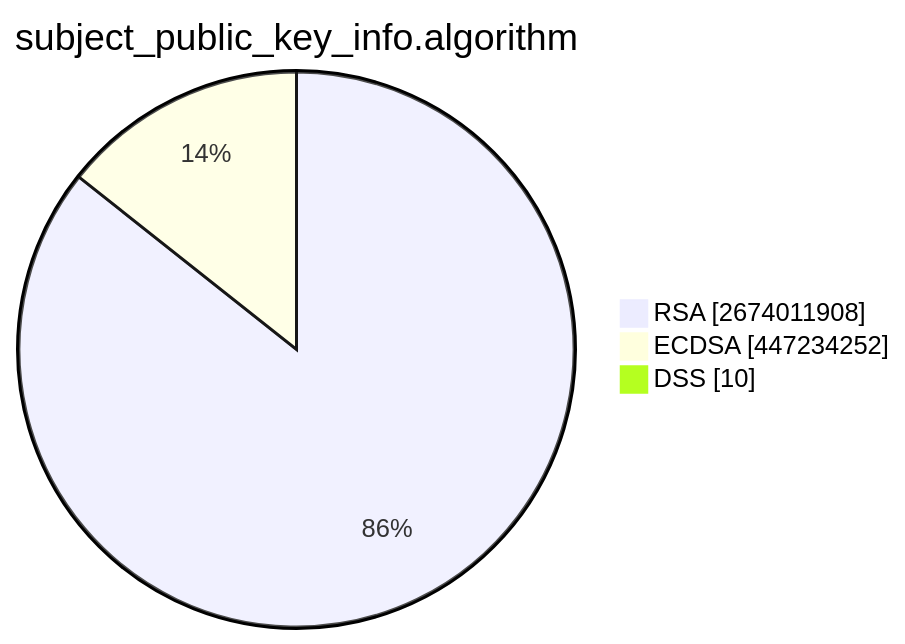
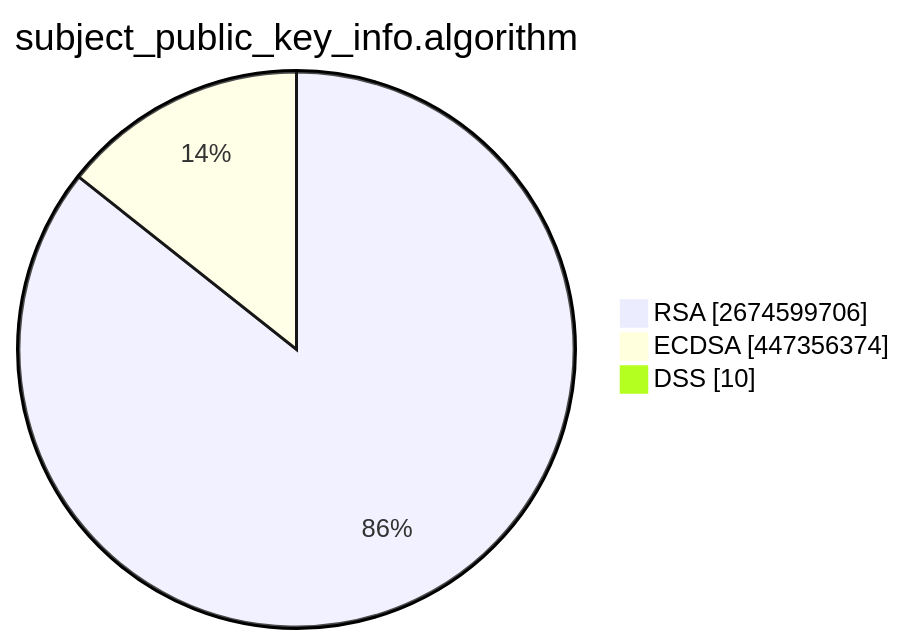
One commit to christiankrug/ctmonitor_visualization changed the second of 15 diagrams in TOTAL/README.md. Above: the diagram before and after it, drawn with Mermaid. The commit also changed other lines of this file, not shown here.

````diff
--- a/TOTAL/README.md
+++ b/TOTAL/README.md
@@ -6,7 +6,7 @@
 ```mermaid
 pie showData
 title subject_public_key_info.algorithm
-"RSA" :2674011908
-"ECDSA" :447234252
+"RSA" :2674599706
+"ECDSA" :447356374
 "DSS" :10
 ```
````
